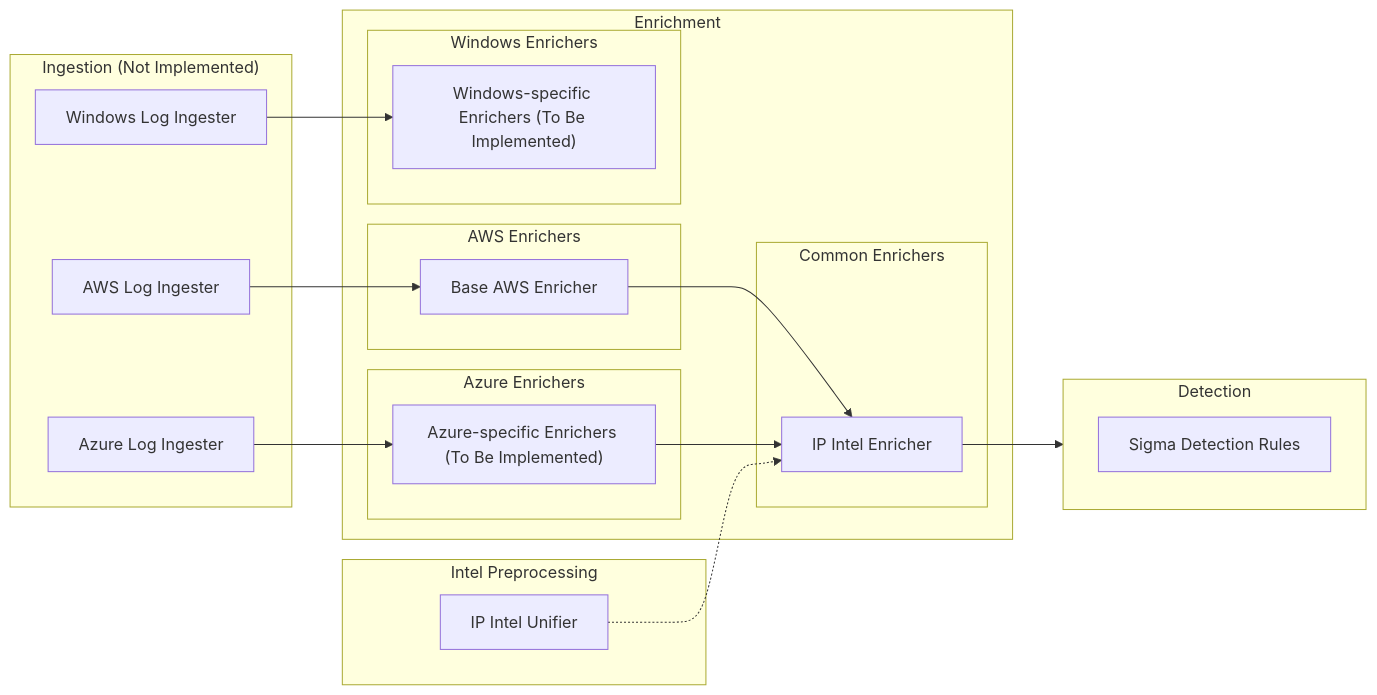
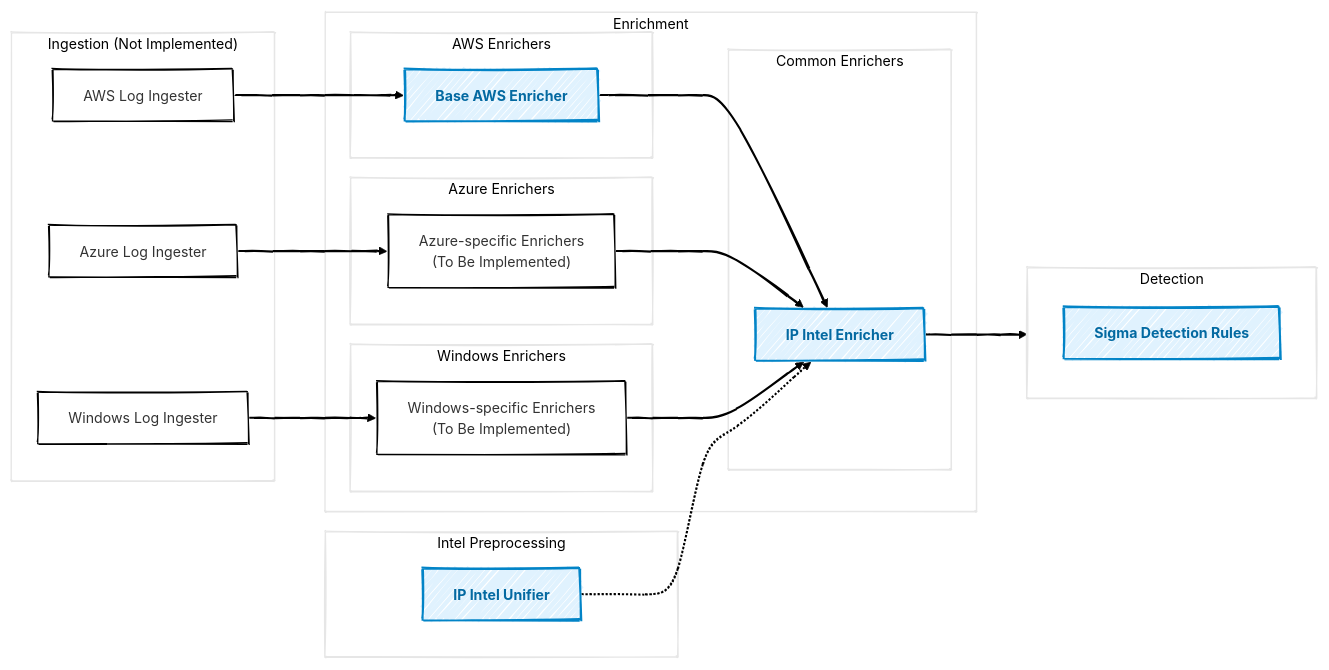
Before and after one commit to kirkos-project/.github: the diagram in README.md, drawn with Mermaid.

Commit message:
chore: apply formatting

````diff
--- a/README.md
+++ b/README.md
@@ -9,43 +9,57 @@
 ```mermaid
+---
+config:
+  theme: 'neo'
+  look: 'handDrawn'
+  themeVariables:
+    fontFamily: '"Chalkboard SE", "Marker Felt", "Comic Sans MS", cursive'
+---
 flowchart LR;
   subgraph Ingestion["Ingestion (Not Implemented)"]
     ingestAWS["AWS Log Ingester"]
     ingestAzure["Azure Log Ingester"]
     ingestWin["Windows Log Ingester"]
   end
   subgraph IntelGen["Intel Preprocessing"]
     ipIntel["IP Intel Unifier"]
   end
   subgraph Enrichment
     subgraph AWSEnrichment["AWS Enrichers"]
       enrichAWSBase["Base AWS Enricher"]
     end
     subgraph AzureEnrichment["Azure Enrichers"]
-      enrichAzure["Azure-specific Enrichers (To Be Implemented)"]
+      enrichAzure["Azure-specific Enrichers 
+      (To Be Implemented)"]
     end
     subgraph WinEnrichment["Windows Enrichers"]
-      enrichWin["Windows-specific Enrichers (To Be Implemented)"]
+      enrichWin["Windows-specific Enrichers 
+      (To Be Implemented)"]
     end
     subgraph CommonEnrichment["Common Enrichers"]
       enrichIP["IP Intel Enricher"]
     end
   end
   subgraph Detection
     detSigma["Sigma Detection Rules"]
   end
   
   ingestAWS-->enrichAWSBase;
   ingestAzure-->enrichAzure;
   ingestWin-->enrichWin;
   enrichAWSBase-->enrichIP;
   enrichAzure-->enrichIP;
+  enrichWin-->enrichIP;
   ipIntel-.->enrichIP;
   enrichIP-->Detection;
   
+  %% Define a theme/style for clickable nodes.
+  classDef clickable fill:#e0f2fe,stroke:#0284c7,stroke-width:2px,color:#0369a1,font-weight:bold;
 
+  class enrichAWSBase,ipIntel,enrichIP,detSigma clickable;
+  
   %% Syntax: click NodeID "URL" "Optional Tooltip" _target
   click enrichAWSBase "https://codeberg.org/kirkos/kirkos-aws-enricher-base" _blank
   click ipIntel "https://codeberg.org/kirkos/kirkos-unified-ip-threat-db" _blank
   click enrichIP "https://codeberg.org/kirkos/kirkos-common-enricher-ip" _blank
   click detSigma "https://codeberg.org/kirkos/kirkos-sigma-rules" _blank
 ```
````
